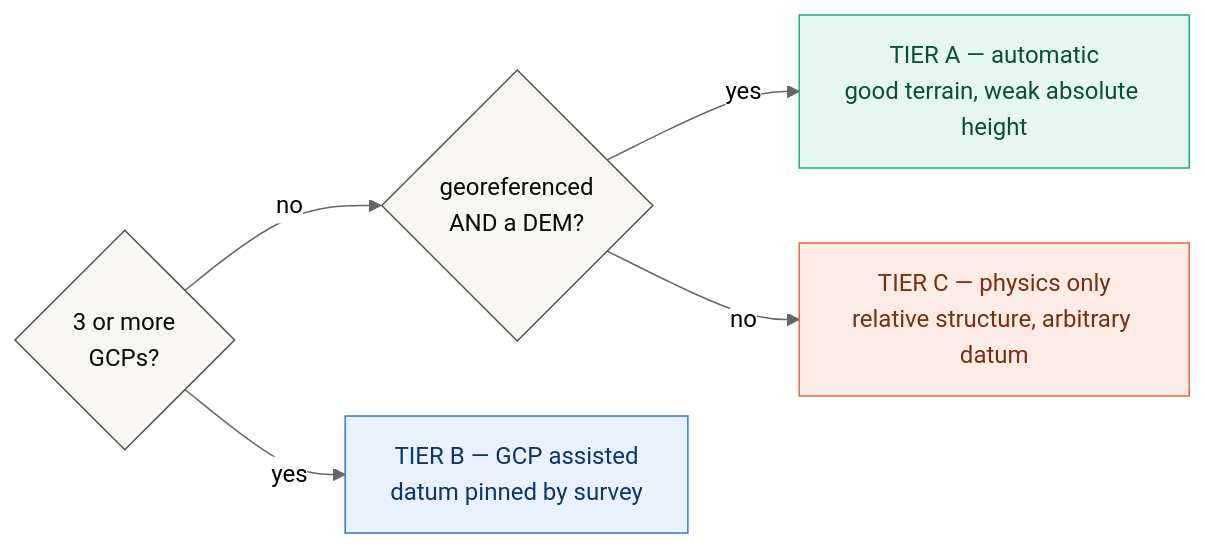
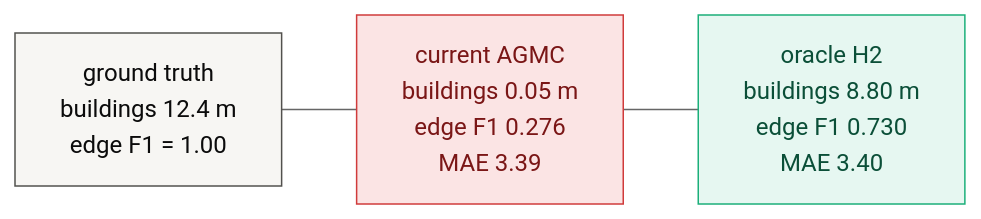
One commit to Sisigoks/AYAMA changed the third of 3 diagrams in README.md. Above: the diagram before and after it, drawn with Mermaid (neutral theme). The commit also changed other lines of this file and 4 other files, not shown here.

````diff
--- a/README.md
+++ b/README.md
@@ -169,18 +660,12 @@
 ```mermaid
 flowchart LR
-    classDef q fill:#f7f6f3,stroke:#52514e,color:#0b0b0b
-    classDef a fill:#e6f7f1,stroke:#1baf7a,color:#0b4f38
-    classDef b fill:#e8f1fd,stroke:#2a78d6,color:#0d366b
-    classDef c fill:#fdece6,stroke:#eb6834,color:#7a2f10
+    classDef a fill:#f7f6f3,stroke:#52514e,color:#0b0b0b
+    classDef b fill:#fbe4e4,stroke:#d03b3b,color:#7a1616
+    classDef c fill:#e6f7f1,stroke:#1baf7a,color:#0b4f38
 
-    Q1{"3 or more<br/>GCPs?"}:::q
-    Q2{"georeferenced<br/>AND a DEM?"}:::q
-    TA["TIER A — automatic<br/>good terrain, weak absolute height"]:::a
-    TB["TIER B — GCP assisted<br/>datum pinned by survey"]:::b
-    TC["TIER C — physics only<br/>relative structure, arbitrary datum"]:::c
+    G["ground truth<br/>buildings 12.4 m<br/>edge F1 = 1.00"]:::a
+    N["current AGMC<br/>buildings 0.05 m<br/>edge F1 0.276<br/>MAE 3.39"]:::b
+    O["oracle H2<br/>buildings 8.80 m<br/>edge F1 0.730<br/>MAE 3.40"]:::c
 
-    Q1 -->|yes| TB
-    Q1 -->|no| Q2
-    Q2 -->|yes| TA
-    Q2 -->|no| TC
+    G --- N --- O
 ```
````
